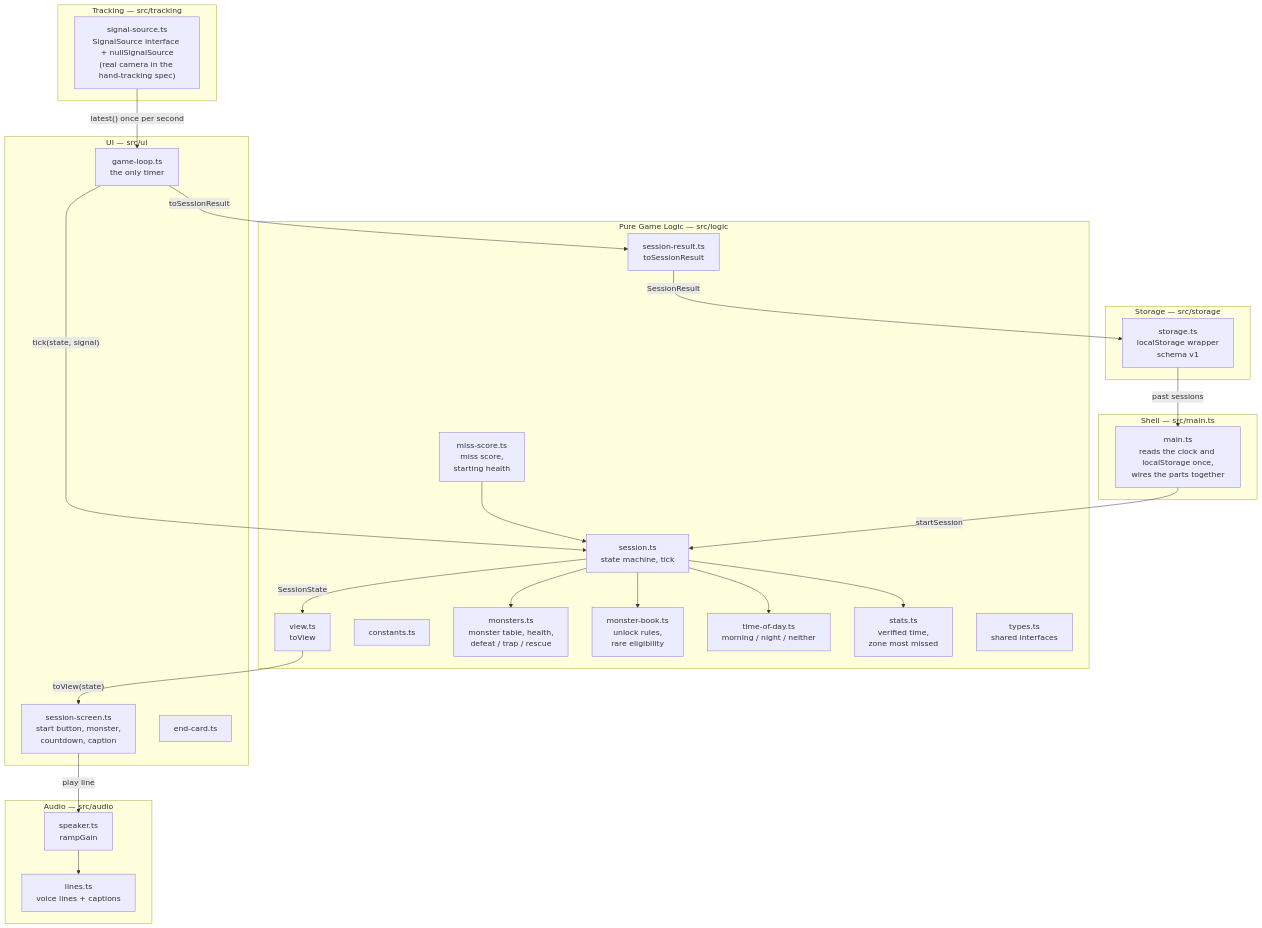
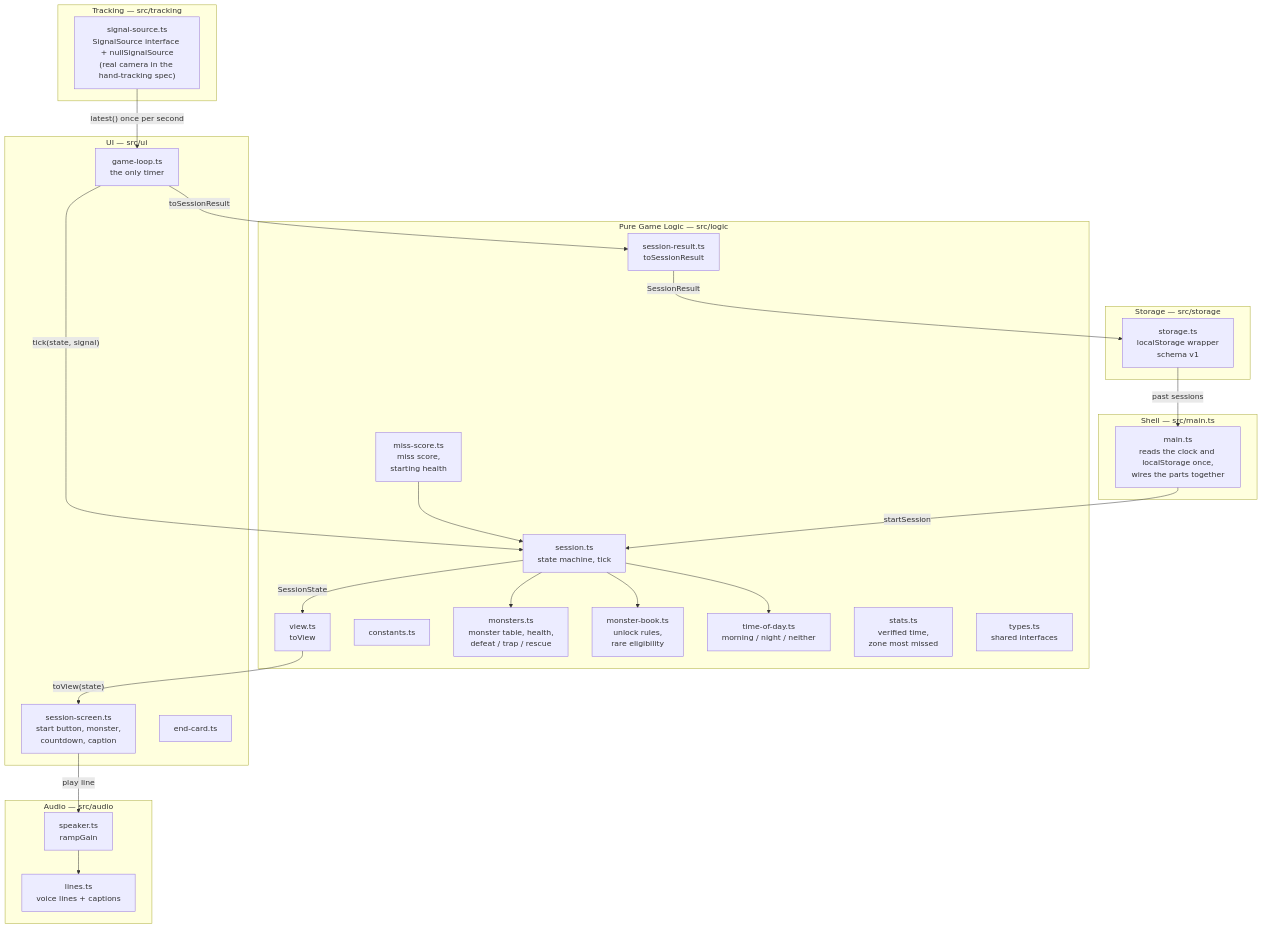
One commit to yateen01-oralsurgeonn/Foamtom changed the first of 2 diagrams in .kiro/specs/core-brushing-loop/design.md. Above: the diagram before and after it, drawn with Mermaid. The commit also changed other lines of this file and 1 other file, not shown here.

Commit message:
spec(core-brushing-loop): leftover wording - null not absent, session screen, 13.4 sentence, diagram arrow, test intro (Kiro CLI, prompt f01)

````diff
--- a/.kiro/specs/core-brushing-loop/design.md
+++ b/.kiro/specs/core-brushing-loop/design.md
@@ -34,49 +34,48 @@
 ```mermaid
 graph TD
     subgraph Shell ["Shell — src/main.ts"]
         MAIN["main.ts<br/>reads the clock and localStorage once,<br/>wires the parts together"]
     end
     subgraph Tracking ["Tracking — src/tracking"]
         CAM["signal-source.ts<br/>SignalSource interface + nullSignalSource<br/>(real camera in the hand-tracking spec)"]
     end
     subgraph Logic ["Pure Game Logic — src/logic"]
         SESSION["session.ts<br/>state machine, tick"]
         RESULT["session-result.ts<br/>toSessionResult"]
         VIEW["view.ts<br/>toView"]
         CONST["constants.ts"]
         MONSTERS["monsters.ts<br/>monster table, health,<br/>defeat / trap / rescue"]
         BOOK["monster-book.ts<br/>unlock rules,<br/>rare eligibility"]
         MISS["miss-score.ts<br/>miss score,<br/>starting health"]
         TOD["time-of-day.ts<br/>morning / night / neither"]
         STATS["stats.ts<br/>verified time,<br/>zone most missed"]
         TYPES["types.ts<br/>shared interfaces"]
     end
     subgraph Storage ["Storage — src/storage"]
         STORE["storage.ts<br/>localStorage wrapper<br/>schema v1"]
     end
     subgraph UI ["UI — src/ui"]
         LOOP["game-loop.ts<br/>the only timer"]
         SCREEN["session-screen.ts<br/>start button, monster,<br/>countdown, caption"]
         ENDCARD["end-card.ts"]
     end
     subgraph Audio ["Audio — src/audio"]
         LINES["lines.ts<br/>voice lines + captions"]
         SPEAKER["speaker.ts<br/>rampGain"]
     end
 
     CAM -- "latest() once per second" --> LOOP
     LOOP -- "tick(state, signal)" --> SESSION
     SESSION --> MONSTERS
     SESSION --> TOD
     MISS --> SESSION
     SESSION --> BOOK
-    SESSION --> STATS
     SESSION -- "SessionState" --> VIEW
     VIEW -- "toView(state)" --> SCREEN
     SCREEN -- "play line" --> SPEAKER
     SPEAKER --> LINES
     LOOP -- "toSessionResult" --> RESULT
     RESULT -- "SessionResult" --> STORE
     STORE -- "past sessions" --> MAIN
     MAIN -- "startSession" --> SESSION
 ```
````
